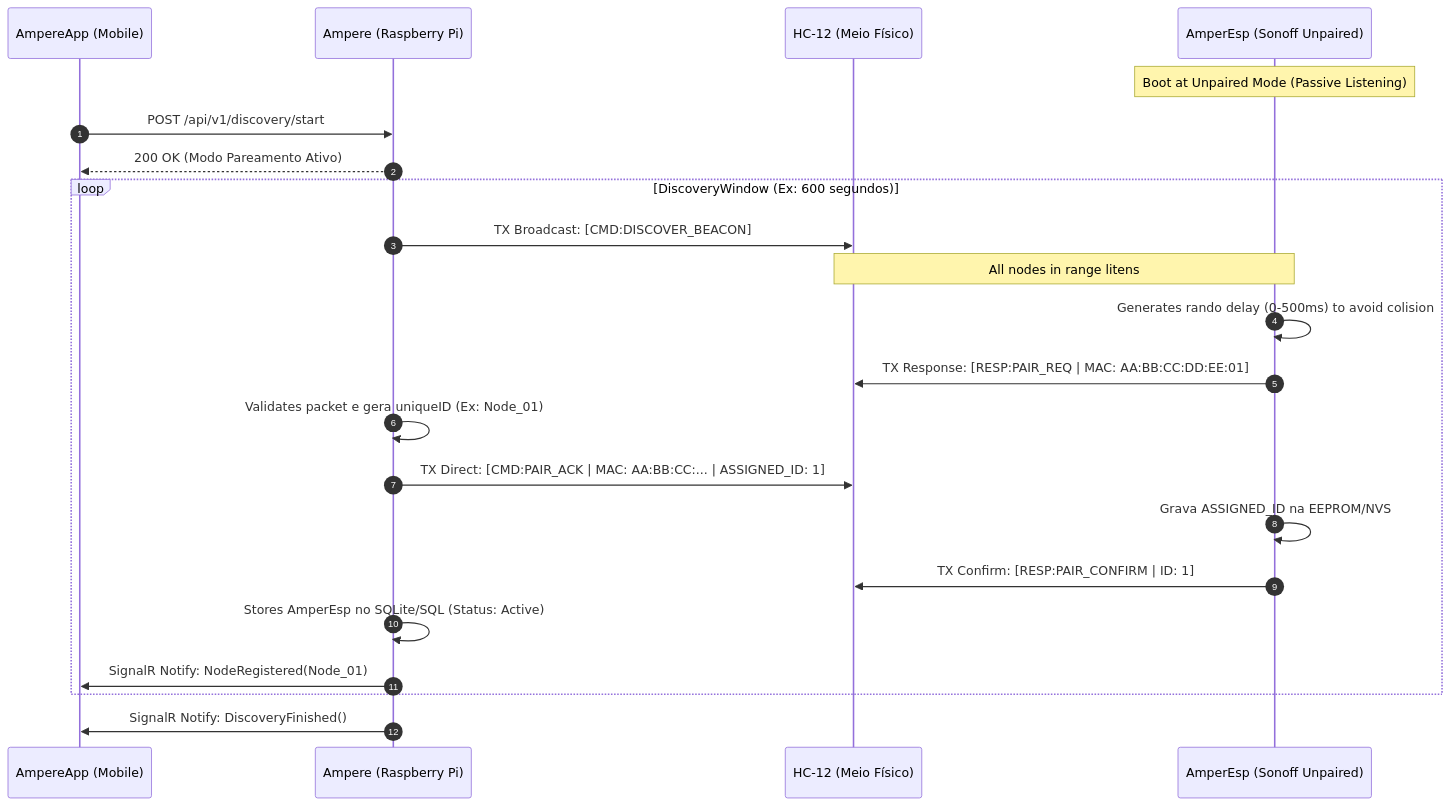
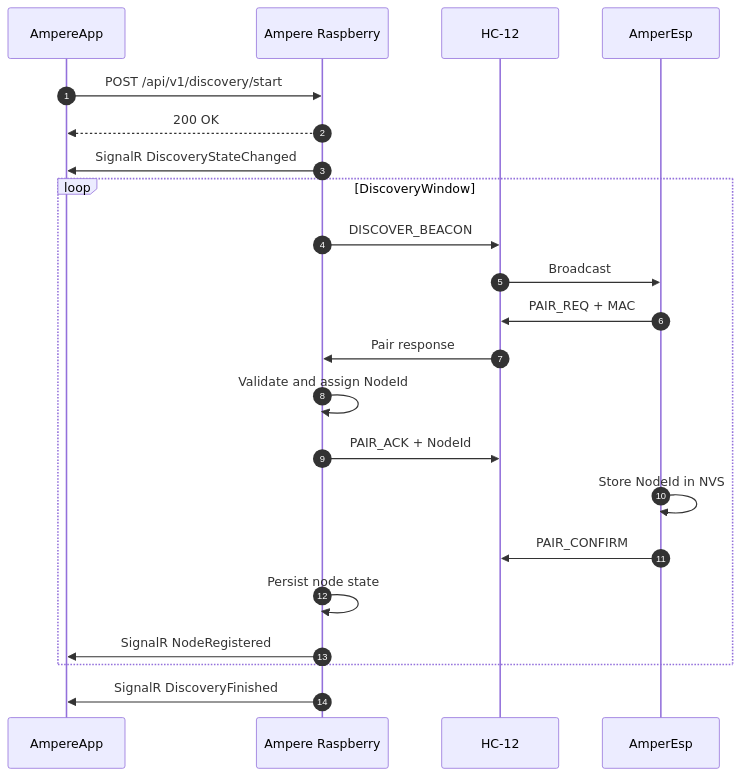
One commit to remotecodehub/Ampere changed the second of 5 diagrams in docs/project-architecture.md. Above: the diagram before and after it, drawn with Mermaid. The commit also changed other lines of this file, not shown here.

Commit message:
docs: replace MQTT flows with SignalR and RF

````diff
--- a/docs/project-architecture.md
+++ b/docs/project-architecture.md
@@ -304,29 +249,27 @@
 ```mermaid
 sequenceDiagram
     autonumber
-    participant App as AmpereApp (Mobile)
-    participant Server as Ampere (Raspberry Pi)
-    participant RF as HC-12 (Meio Físico)
-    participant Node as AmperEsp (Sonoff Unpaired)
+    participant App as AmpereApp
+    participant Server as Ampere Raspberry
+    participant RF as HC-12
+    participant Node as AmperEsp
 
-    Note over Node: Boot at Unpaired Mode (Passive Listening)
     App->>Server: POST /api/v1/discovery/start
-    Server-->>App: 200 OK (Modo Pareamento Ativo)
+    Server-->>App: 200 OK
+    Server->>App: SignalR DiscoveryStateChanged
 
-    loop DiscoveryWindow (Ex: 600 segundos)
-        Server->>RF: TX Broadcast: [CMD:DISCOVER_BEACON]
-        Note over RF,Node: All nodes in range litens
-        Node->>Node: Generates rando delay (0-500ms) to avoid colision
-        Node->>RF: TX Response: [RESP:PAIR_REQ | MAC: AA:BB:CC:DD:EE:01]
-        
-        Server->>Server: Validates packet e gera uniqueID (Ex: Node_01)
-        Server->>RF: TX Direct: [CMD:PAIR_ACK | MAC: AA:BB:CC:... | ASSIGNED_ID: 1]
-        Node->>Node: Grava ASSIGNED_ID na EEPROM/NVS
-        Node->>RF: TX Confirm: [RESP:PAIR_CONFIRM | ID: 1]
-
-        Server->>Server: Stores AmperEsp no SQLite/SQL (Status: Active)
-        Server->>App: SignalR Notify: NodeRegistered(Node_01)
+    loop DiscoveryWindow
+        Server->>RF: DISCOVER_BEACON
+        RF->>Node: Broadcast
+        Node->>RF: PAIR_REQ + MAC
+        RF->>Server: Pair response
+        Server->>Server: Validate and assign NodeId
+        Server->>RF: PAIR_ACK + NodeId
+        Node->>Node: Store NodeId in NVS
+        Node->>RF: PAIR_CONFIRM
+        Server->>Server: Persist node state
+        Server->>App: SignalR NodeRegistered
     end
 
-    Server->>App: SignalR Notify: DiscoveryFinished()
+    Server->>App: SignalR DiscoveryFinished
 ```
````
